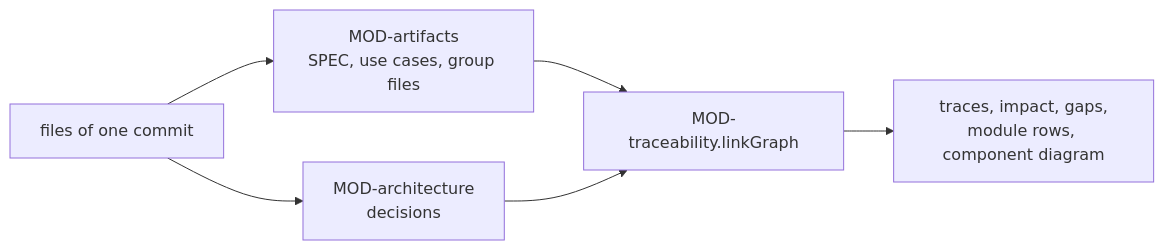
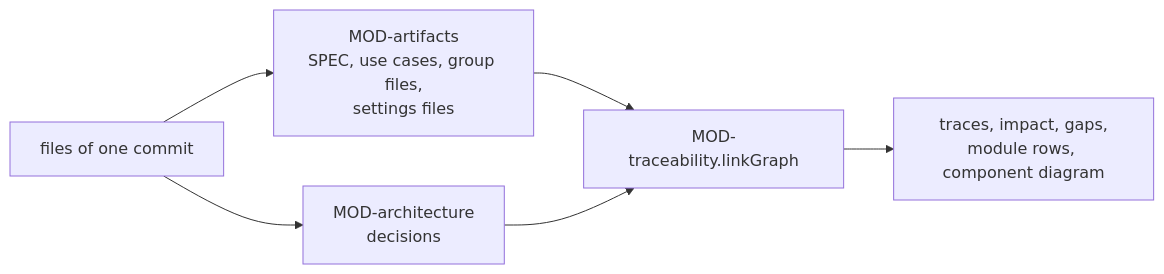
Before and after one commit to akmaier/agent-m: the diagram in docs/architecture/ARC-006-state-as-files-and-records-in-repositories.md, drawn with Mermaid. The commit also changed other lines of this file and 3 other files, not shown here.

````diff
--- a/docs/architecture/ARC-006-state-as-files-and-records-in-repositories.md
+++ b/docs/architecture/ARC-006-state-as-files-and-records-in-repositories.md
@@ -109,11 +116,11 @@
 ```mermaid
 flowchart LR
     T["files of one commit"]
-    A["MOD-artifacts<br/>SPEC, use cases, group files"]
+    A["MOD-artifacts<br/>SPEC, use cases, group files,<br/>settings files"]
     D["MOD-architecture<br/>decisions"]
     G["MOD-traceability.linkGraph"]
     V["traces, impact, gaps,<br/>module rows, component diagram"]
     T --> A --> G
     T --> D --> G
     G --> V
 ```
````
